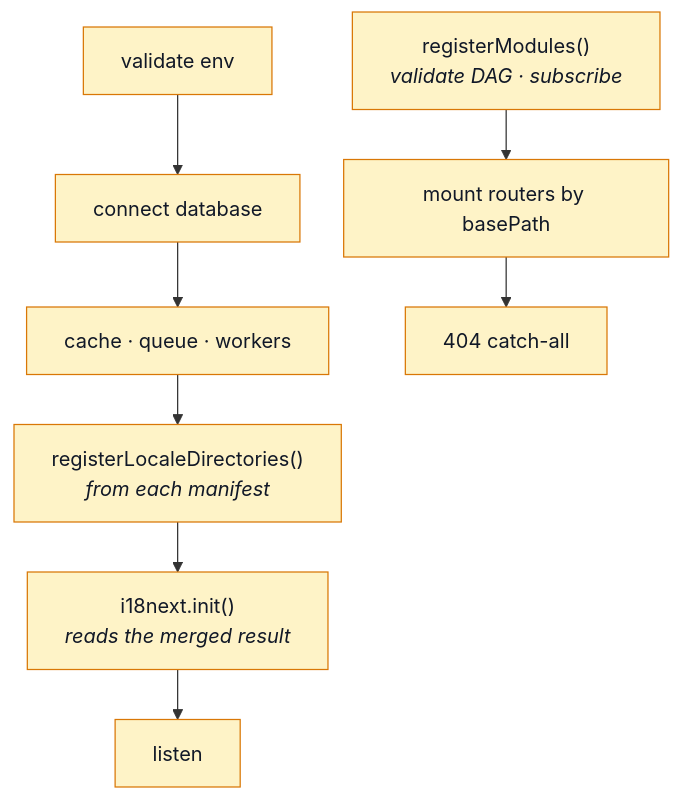
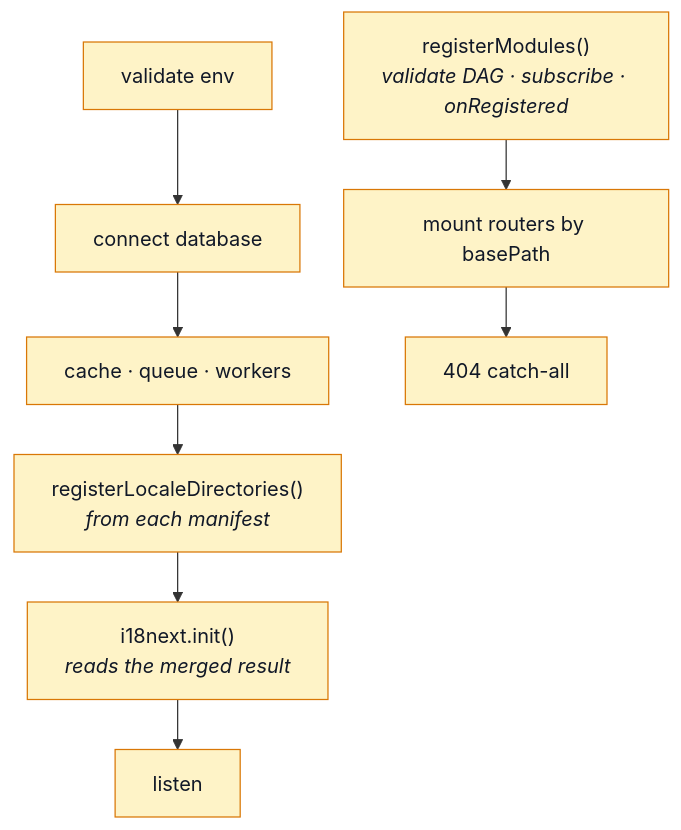
Before and after one commit to Guebbit/boilerplate-node-backend: the eighth of 8 diagrams in docs/theory/modules.md, drawn with Mermaid. The commit also changed other lines of this file and 5 other files, not shown here.

````diff
--- a/docs/theory/modules.md
+++ b/docs/theory/modules.md
@@ -517,14 +519,14 @@
 ```mermaid
 %%{init: {'flowchart': {'nodeSpacing': 35, 'rankSpacing': 40}}}%%
 flowchart TD
     E["validate env"] --> DB["connect database"]
     DB --> CQ["cache · queue · workers"]
     CQ --> L["registerLocaleDirectories&lpar;&rpar;<br/><i>from each manifest</i>"]
     L --> I["i18next.init&lpar;&rpar;<br/><i>reads the merged result</i>"]
     I --> S["listen"]
-    RM["registerModules&lpar;&rpar;<br/><i>validate DAG · subscribe</i>"] --> MNT["mount routers by basePath"]
+    RM["registerModules&lpar;&rpar;<br/><i>validate DAG · subscribe · onRegistered</i>"] --> MNT["mount routers by basePath"]
     MNT --> H404["404 catch-all"]
 
     classDef boot fill:#fef3c7,stroke:#d97706,color:#111827;
     class E,DB,CQ,L,I,S,RM,MNT,H404 boot;
 ```
````
